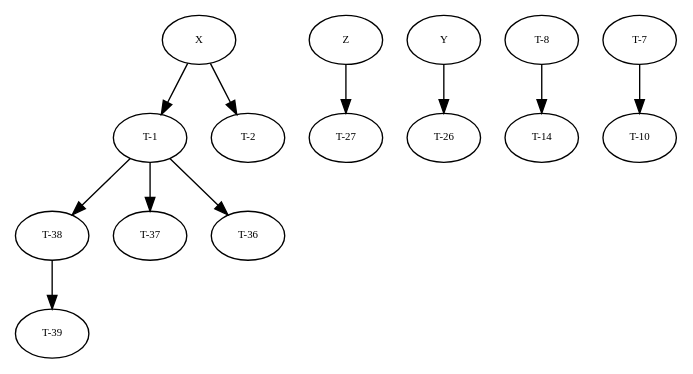
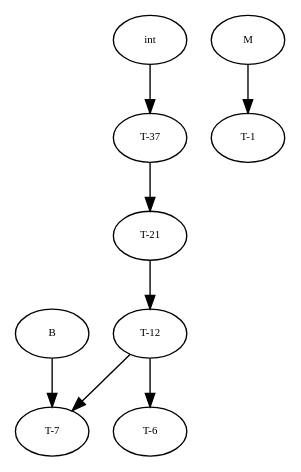
Before and after one commit to amso100/livescript-declarations: the diagram in graphs/dg.dot, drawn with Graphviz. The commit also changed 11 other files, not shown here.

```diff
--- a/graphs/dg.dot
+++ b/graphs/dg.dot
@@ -1,116 +1,74 @@
 digraph RGL__DirectedAdjacencyGraph {
-    "T-38" [
+    int [
         fontsize = 8,
-        label = "T-38"
+        label = int
     ]
 
-    "T-39" [
+    "T-37" [
         fontsize = 8,
-        label = "T-39"
+        label = "T-37"
+    ]
+
+    "T-21" [
+        fontsize = 8,
+        label = "T-21"
+    ]
+
+    "T-12" [
+        fontsize = 8,
+        label = "T-12"
+    ]
+
+    "T-7" [
+        fontsize = 8,
+        label = "T-7"
+    ]
+
+    "T-6" [
+        fontsize = 8,
+        label = "T-6"
+    ]
+
+    B [
+        fontsize = 8,
+        label = B
+    ]
+
+    M [
+        fontsize = 8,
+        label = M
     ]
 
     "T-1" [
         fontsize = 8,
         label = "T-1"
     ]
 
-    "T-37" [
-        fontsize = 8,
-        label = "T-37"
-    ]
-
-    "T-36" [
-        fontsize = 8,
-        label = "T-36"
-    ]
-
-    Z [
-        fontsize = 8,
-        label = Z
-    ]
-
-    "T-27" [
-        fontsize = 8,
-        label = "T-27"
-    ]
-
-    Y [
-        fontsize = 8,
-        label = Y
-    ]
-
-    "T-26" [
-        fontsize = 8,
-        label = "T-26"
-    ]
-
-    "T-8" [
-        fontsize = 8,
-        label = "T-8"
-    ]
-
-    "T-14" [
-        fontsize = 8,
-        label = "T-14"
-    ]
-
-    "T-7" [
-        fontsize = 8,
-        label = "T-7"
-    ]
-
-    "T-10" [
-        fontsize = 8,
-        label = "T-10"
-    ]
-
-    X [
-        fontsize = 8,
-        label = X
-    ]
-
-    "T-2" [
-        fontsize = 8,
-        label = "T-2"
-    ]
-
-    "T-38" -> "T-39" [
+    int -> "T-37" [
         fontsize = 8
     ]
 
-    "T-1" -> "T-38" [
+    "T-37" -> "T-21" [
         fontsize = 8
     ]
 
-    "T-1" -> "T-37" [
+    "T-21" -> "T-12" [
         fontsize = 8
     ]
 
-    "T-1" -> "T-36" [
+    "T-12" -> "T-7" [
         fontsize = 8
     ]
 
-    Z -> "T-27" [
+    "T-12" -> "T-6" [
         fontsize = 8
     ]
 
-    Y -> "T-26" [
+    B -> "T-7" [
         fontsize = 8
     ]
 
-    "T-8" -> "T-14" [
-        fontsize = 8
-    ]
-
-    "T-7" -> "T-10" [
-        fontsize = 8
-    ]
-
-    X -> "T-2" [
-        fontsize = 8
-    ]
-
-    X -> "T-1" [
+    M -> "T-1" [
         fontsize = 8
     ]
 }
```
